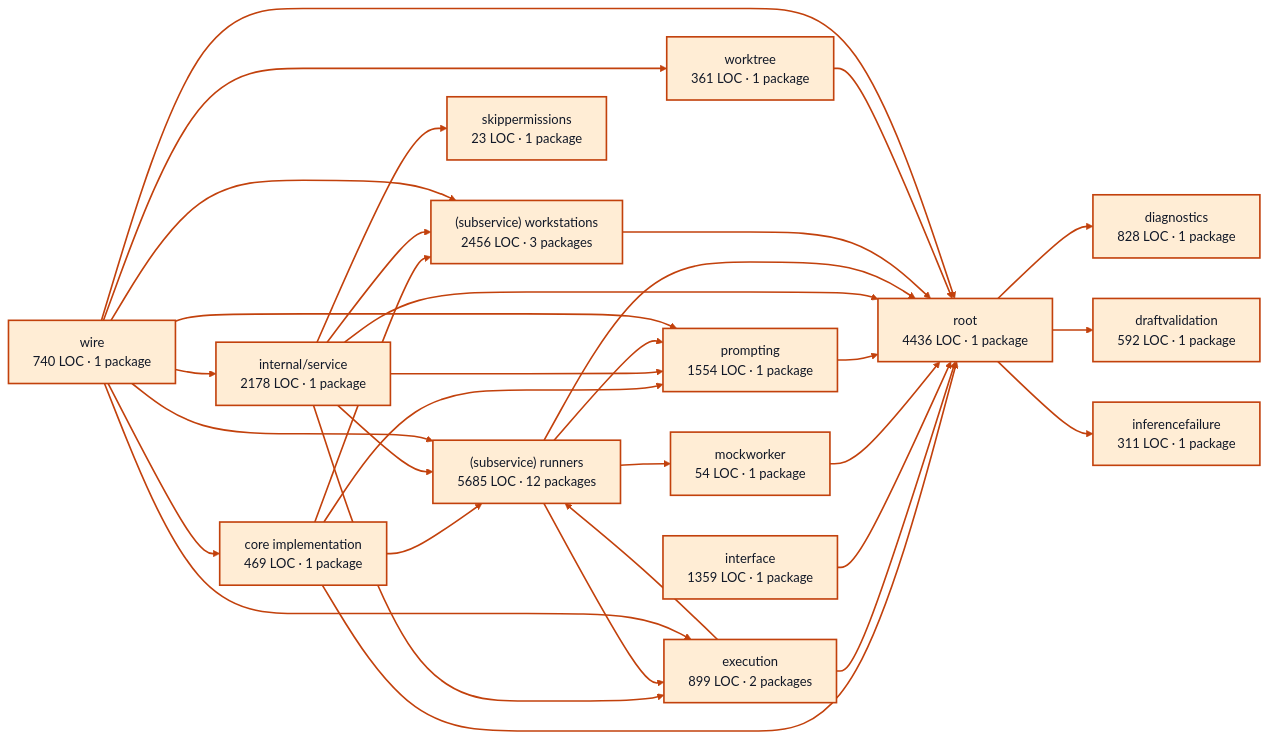
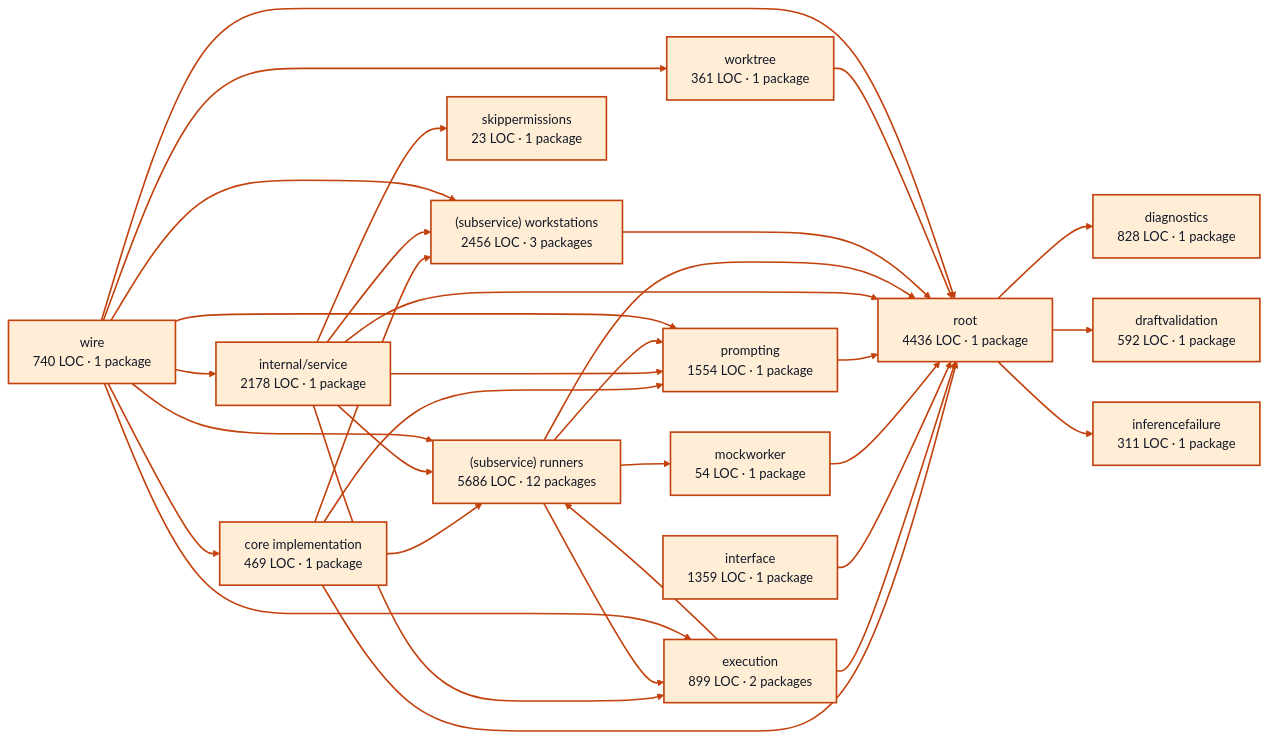
One commit to portpowered/you-agent-factory changed the diagram in docs/architecture/visualizations/services/workers.md. Above: the diagram before and after it, drawn with Mermaid. The commit also changed other lines of this file and 20 other files, not shown here.

Commit message:
docs: refresh backend architecture visualizations

````diff
--- a/docs/architecture/visualizations/services/workers.md
+++ b/docs/architecture/visualizations/services/workers.md
@@ -11,66 +11,66 @@
 ```mermaid
 flowchart LR
   p0["core implementation<br/>469 LOC · 1 package"]
   p1["diagnostics<br/>828 LOC · 1 package"]
   p2["draftvalidation<br/>592 LOC · 1 package"]
   p3["execution<br/>899 LOC · 2 packages"]
   p4["inferencefailure<br/>311 LOC · 1 package"]
   p5["interface<br/>1359 LOC · 1 package"]
   p6["mockworker<br/>54 LOC · 1 package"]
   p7["prompting<br/>1554 LOC · 1 package"]
   p8["internal/service<br/>2178 LOC · 1 package"]
-  p9["(subservice) runners<br/>5685 LOC · 12 packages"]
+  p9["(subservice) runners<br/>5686 LOC · 12 packages"]
   p10["(subservice) workstations<br/>2456 LOC · 3 packages"]
   p11["skippermissions<br/>23 LOC · 1 package"]
   p12["worktree<br/>361 LOC · 1 package"]
   p13["root<br/>4436 LOC · 1 package"]
   p14["wire<br/>740 LOC · 1 package"]
   p0 --> p7
   p0 --> p9
   p0 --> p10
   p0 --> p13
   p3 --> p9
   p3 --> p13
   p5 --> p13
   p6 --> p13
   p7 --> p13
   p8 --> p3
   p8 --> p7
   p8 --> p9
   p8 --> p10
   p8 --> p11
   p8 --> p13
   p9 --> p3
   p9 --> p6
   p9 --> p7
   p9 --> p13
   p10 --> p13
   p12 --> p13
   p13 --> p1
   p13 --> p2
   p13 --> p4
   p14 --> p0
   p14 --> p3
   p14 --> p7
   p14 --> p8
   p14 --> p9
   p14 --> p10
   p14 --> p12
   p14 --> p13
   style p0 fill:#ffedd5,stroke:#c2410c,stroke-width:2px,color:#111827
   style p1 fill:#ffedd5,stroke:#c2410c,stroke-width:2px,color:#111827
   style p2 fill:#ffedd5,stroke:#c2410c,stroke-width:2px,color:#111827
   style p3 fill:#ffedd5,stroke:#c2410c,stroke-width:2px,color:#111827
   style p4 fill:#ffedd5,stroke:#c2410c,stroke-width:2px,color:#111827
   style p5 fill:#ffedd5,stroke:#c2410c,stroke-width:2px,color:#111827
   style p6 fill:#ffedd5,stroke:#c2410c,stroke-width:2px,color:#111827
   style p7 fill:#ffedd5,stroke:#c2410c,stroke-width:2px,color:#111827
   style p8 fill:#ffedd5,stroke:#c2410c,stroke-width:2px,color:#111827
   style p9 fill:#ffedd5,stroke:#c2410c,stroke-width:2px,color:#111827
   style p10 fill:#ffedd5,stroke:#c2410c,stroke-width:2px,color:#111827
   style p11 fill:#ffedd5,stroke:#c2410c,stroke-width:2px,color:#111827
   style p12 fill:#ffedd5,stroke:#c2410c,stroke-width:2px,color:#111827
   style p13 fill:#ffedd5,stroke:#c2410c,stroke-width:2px,color:#111827
   style p14 fill:#ffedd5,stroke:#c2410c,stroke-width:2px,color:#111827
   linkStyle default stroke:#c2410c,stroke-width:2px
 ```
````
